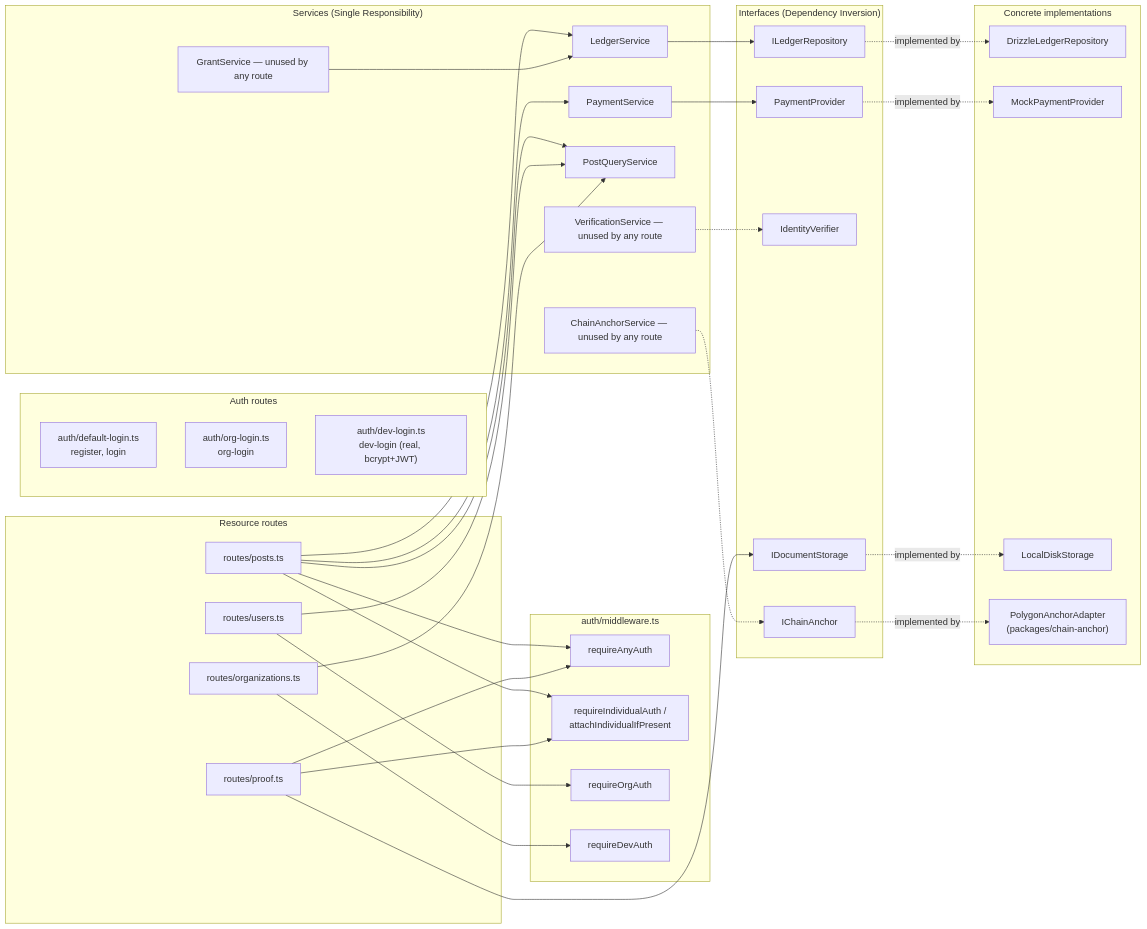
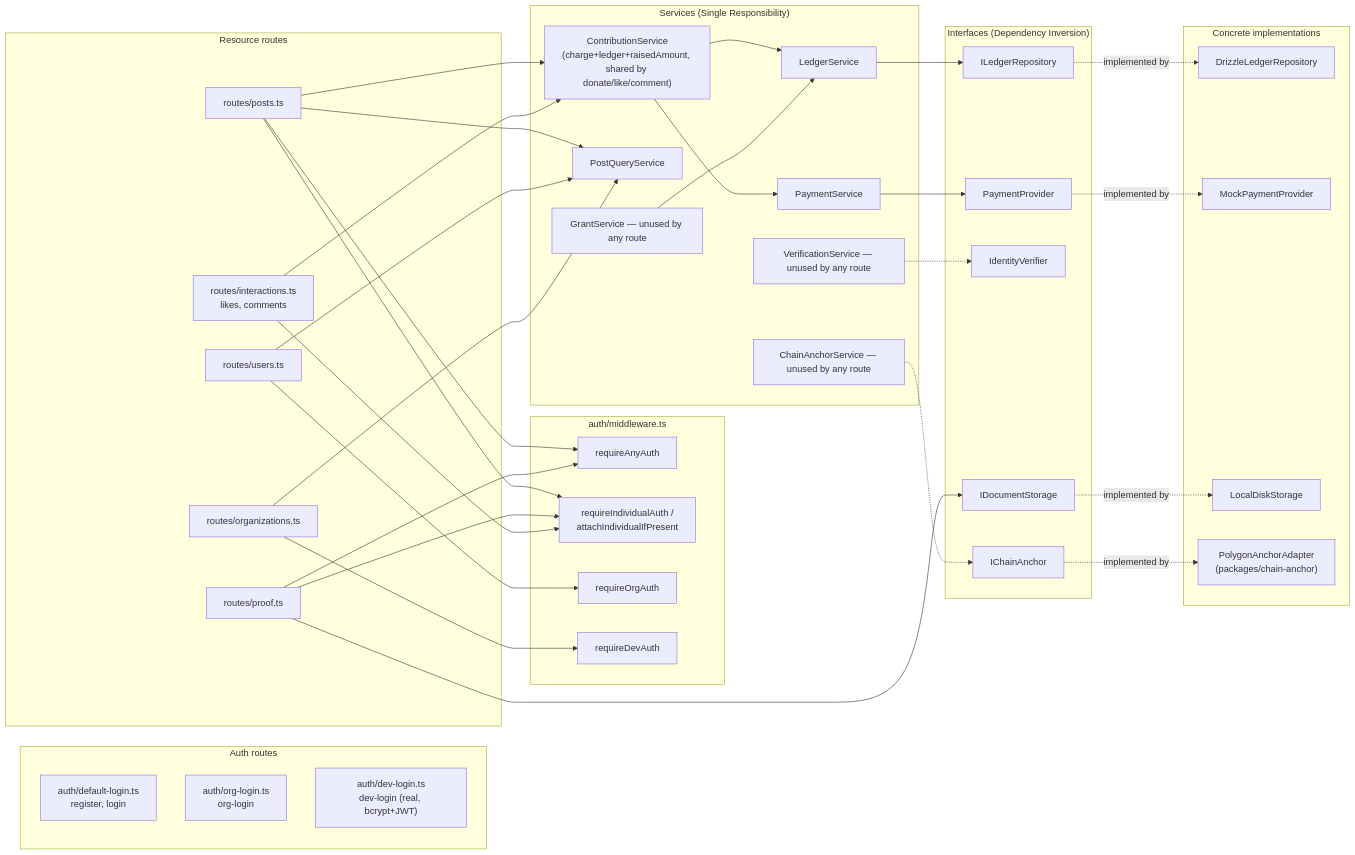
Before and after one commit to cation21/Ayudaan: the first of 2 diagrams in docs/ARCHITECTURE.md, drawn with Mermaid. The commit also changed other lines of this file and 30 other files, not shown here.

````diff
--- a/docs/ARCHITECTURE.md
+++ b/docs/ARCHITECTURE.md
@@ -15,73 +15,79 @@
 ```mermaid
 graph LR
   subgraph AuthRoutes["Auth routes"]
     default_login["auth/default-login.ts<br/>register, login"]
     org_login["auth/org-login.ts<br/>org-login"]
     dev_login["auth/dev-login.ts<br/>dev-login (real, bcrypt+JWT)"]
   end
 
   subgraph ResourceRoutes["Resource routes"]
     posts_route["routes/posts.ts"]
     proof_route["routes/proof.ts"]
     users_route["routes/users.ts"]
     orgs_route["routes/organizations.ts"]
+    interactions_route["routes/interactions.ts<br/>likes, comments"]
   end
 
   subgraph Middleware["auth/middleware.ts"]
     mw_any["requireAnyAuth"]
     mw_ind["requireIndividualAuth /<br/>attachIndividualIfPresent"]
     mw_org["requireOrgAuth"]
     mw_dev["requireDevAuth"]
   end
 
   subgraph Services["Services (Single Responsibility)"]
     svc_ledger["LedgerService"]
     svc_payment["PaymentService"]
+    svc_contribution["ContributionService<br/>(charge+ledger+raisedAmount, shared by donate/like/comment)"]
     svc_postquery["PostQueryService"]
     svc_verification["VerificationService — unused by any route"]
     svc_grant["GrantService — unused by any route"]
     svc_chainanchor["ChainAnchorService — unused by any route"]
   end
 
   subgraph Interfaces["Interfaces (Dependency Inversion)"]
     if_ledger["ILedgerRepository"]
     if_payment["PaymentProvider"]
     if_identity["IdentityVerifier"]
     if_chain["IChainAnchor"]
     if_storage["IDocumentStorage"]
   end
 
   subgraph Implementations["Concrete implementations"]
     im_ledger["DrizzleLedgerRepository"]
     im_payment["MockPaymentProvider"]
     im_storage["LocalDiskStorage"]
     im_chain["PolygonAnchorAdapter<br/>(packages/chain-anchor)"]
   end
 
   posts_route --> mw_any
   posts_route --> mw_ind
-  posts_route --> svc_ledger
-  posts_route --> svc_payment
+  posts_route --> svc_contribution
   posts_route --> svc_postquery
 
   proof_route --> mw_any
   proof_route --> mw_ind
   proof_route --> if_storage
 
   users_route --> mw_org
   users_route --> svc_postquery
 
   orgs_route --> mw_dev
   orgs_route --> svc_postquery
 
+  interactions_route --> mw_ind
+  interactions_route --> svc_contribution
+
+  svc_contribution --> svc_ledger
+  svc_contribution --> svc_payment
   svc_ledger --> if_ledger
   svc_payment --> if_payment
   svc_verification -.-> if_identity
   svc_grant --> svc_ledger
   svc_chainanchor -.-> if_chain
 
   if_ledger -.implemented by.-> im_ledger
   if_payment -.implemented by.-> im_payment
   if_storage -.implemented by.-> im_storage
   if_chain -.implemented by.-> im_chain
 ```
````
